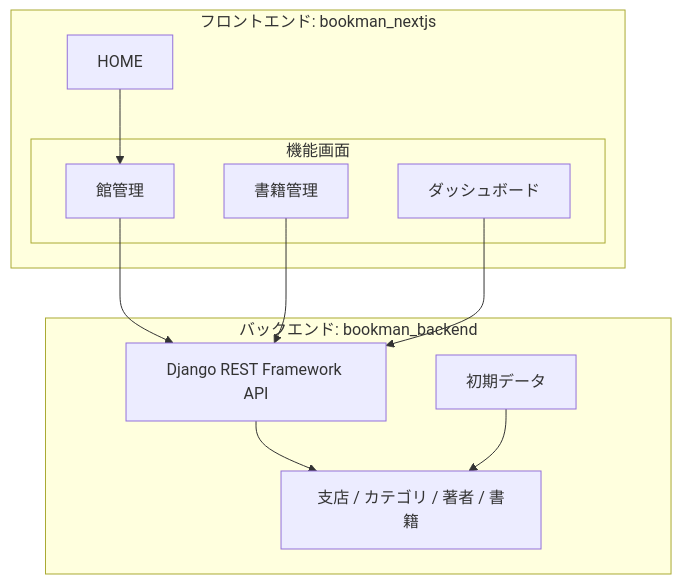
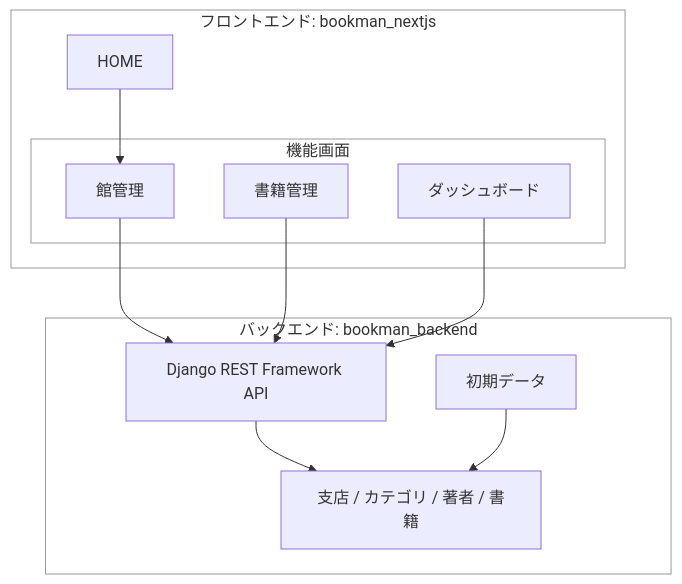
The diagram in docs/qiita/bookman_drf_nextjs.md (duri0214/portfolio), drawn with Mermaid before and after one commit.

Commit message:
872 Align overview diagram group colors

````diff
--- a/docs/qiita/bookman_drf_nextjs.md
+++ b/docs/qiita/bookman_drf_nextjs.md
@@ -36,24 +36,28 @@
 ```mermaid
 graph TB
   subgraph frontend[フロントエンド: bookman_nextjs]
     home[HOME]
     subgraph screens[機能画面]
       branch[館管理]
       book[書籍管理]
       dashboard[ダッシュボード]
     end
   end
 
   subgraph backend[バックエンド: bookman_backend]
     drf[Django REST Framework API]
     models[支店 / カテゴリ / 著者 / 書籍]
     fixtures[初期データ]
   end
 
   home --> branch
   branch --> drf
   book --> drf
   dashboard --> drf
   drf --> models
   fixtures --> models
+
+  style frontend fill:#ffffff,stroke:#999999,stroke-width:1px
+  style screens fill:#ffffff,stroke:#999999,stroke-width:1px
+  style backend fill:#ffffff,stroke:#999999,stroke-width:1px
 ```
````
